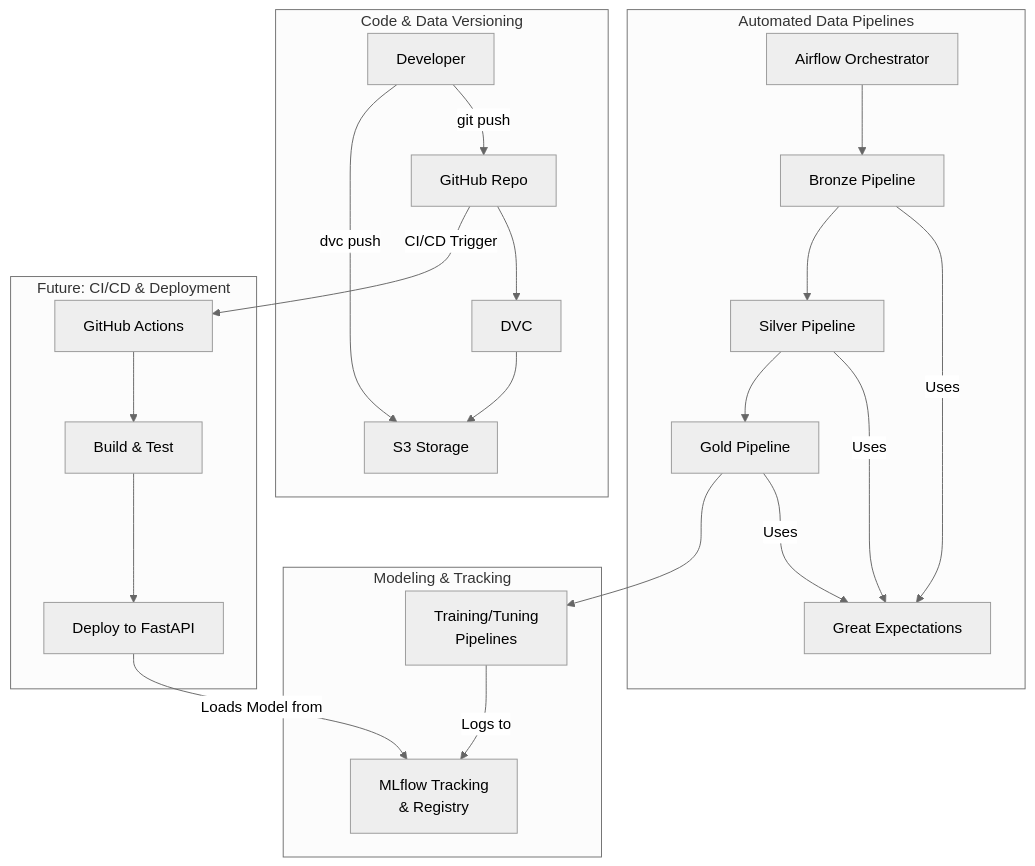
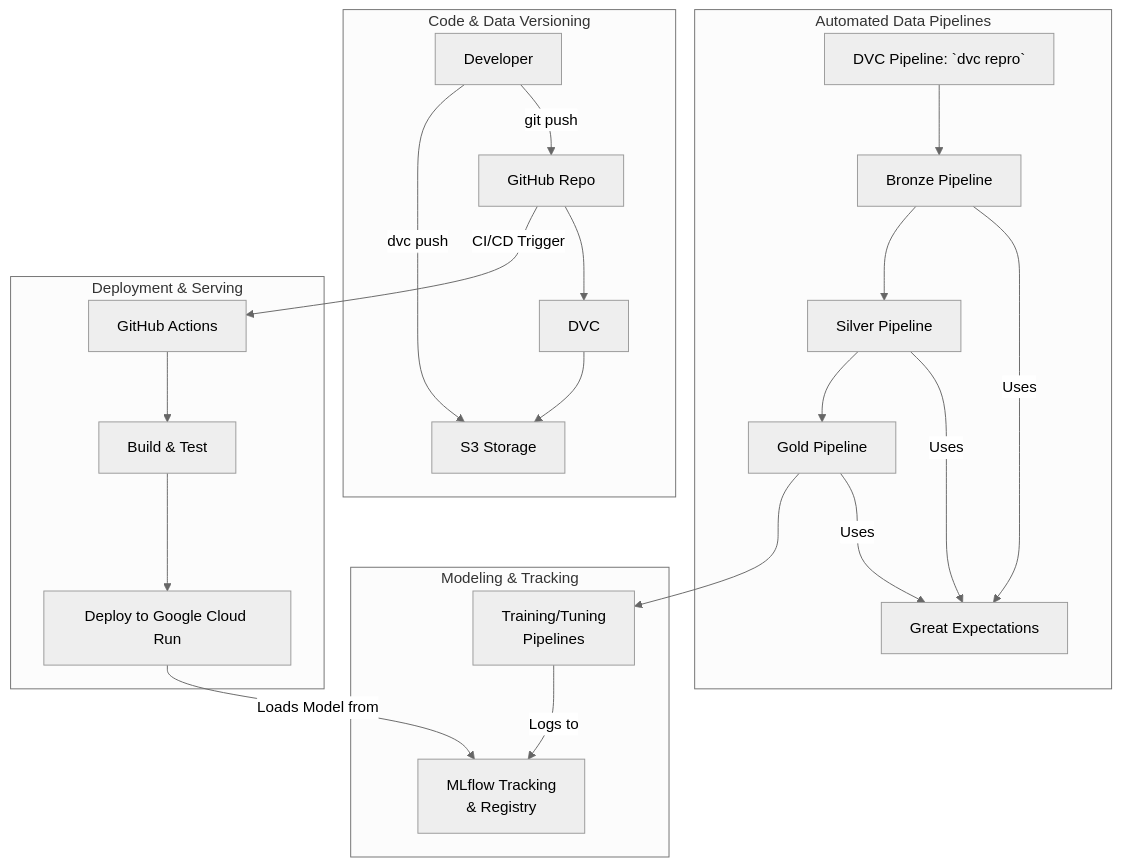
The diagram in docs/MLOps/architecture.md (dakshvanshaj/flights-price-prediction-mlops), drawn with Mermaid (neutral theme) before and after one commit. The commit also changed other lines of this file and 18 other files, not shown here.

````diff
--- a/docs/MLOps/architecture.md
+++ b/docs/MLOps/architecture.md
@@ -13,30 +14,30 @@
 ```mermaid
 graph TD
     subgraph "Code & Data Versioning"
         Dev[Developer] -- "git push" --> GitHub[GitHub Repo];
         Dev -- "dvc push" --> S3[S3 Storage];
         GitHub --> DVC[DVC];
         DVC --> S3;
     end
 
     subgraph "Automated Data Pipelines"
-        Airflow[Airflow Orchestrator] --> Bronze[Bronze Pipeline];
+        DVC_Pipeline[DVC Pipeline: `dvc repro`] --> Bronze[Bronze Pipeline];
         Bronze -- "Uses" --> GE[Great Expectations];
         Bronze --> Silver[Silver Pipeline];
         Silver -- "Uses" --> GE;
         Silver --> Gold[Gold Pipeline];
         Gold -- "Uses" --> GE;
     end
 
     subgraph "Modeling & Tracking"
         Gold --> Training[Training/Tuning<br/>Pipelines];
         Training -- "Logs to" --> MLflow[MLflow Tracking<br/>& Registry];
     end
 
-    subgraph "Future: CI/CD & Deployment"
+    subgraph "Deployment & Serving"
         GitHub -- "CI/CD Trigger" --> GHA[GitHub Actions];
         GHA --> Build[Build & Test];
-        Build --> Deploy[Deploy to FastAPI];
+        Build --> Deploy[Deploy to Google Cloud Run];
         Deploy -- "Loads Model from" --> MLflow;
     end
 ```
````
